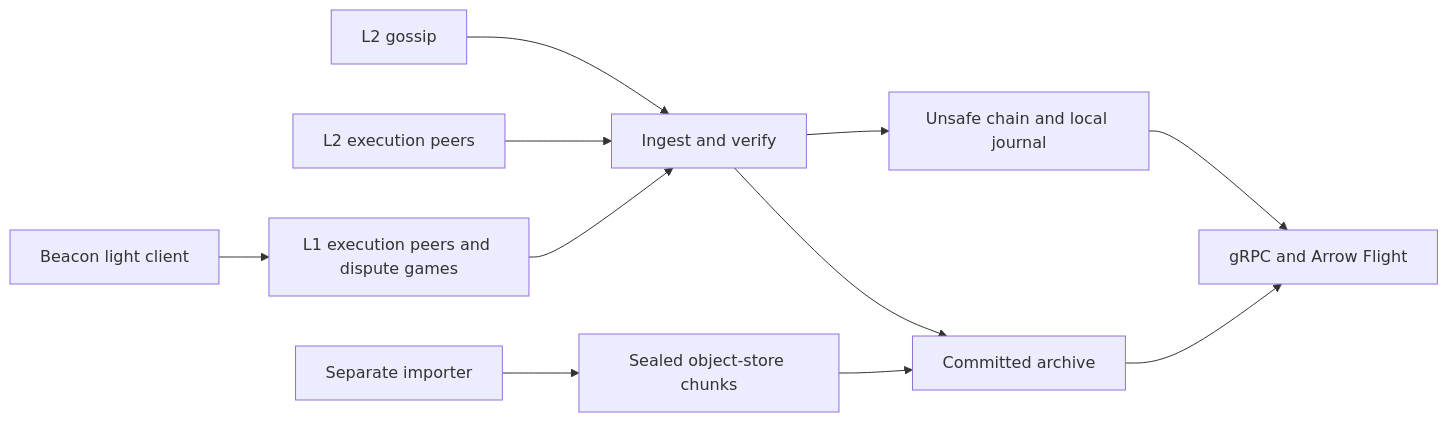
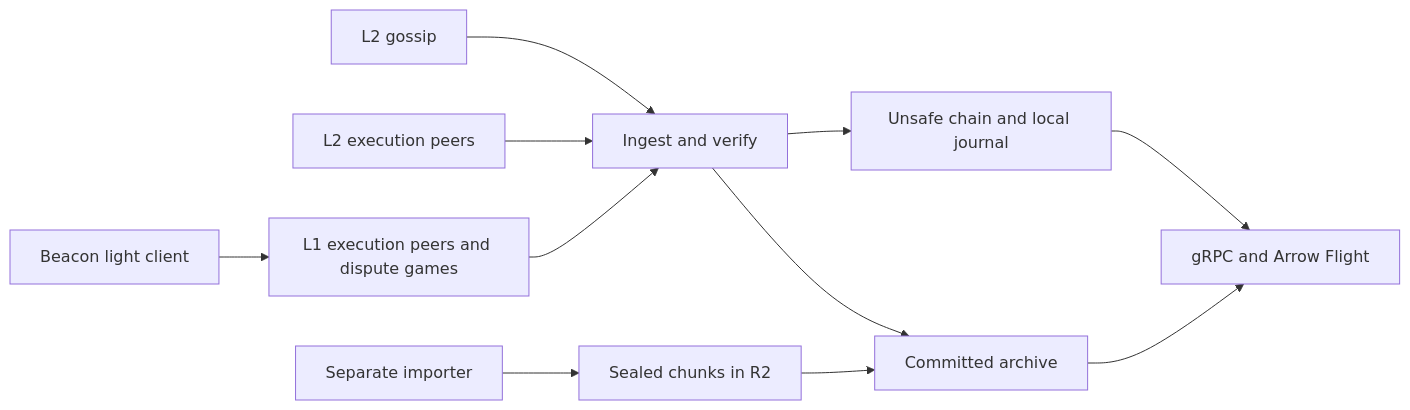
One commit to eabz/op-p2p-indexer changed the diagram in docs/architecture.md. Above: the diagram before and after it, drawn with Mermaid. The commit also changed other lines of this file and 15 other files, not shown here.

````diff
--- a/docs/architecture.md
+++ b/docs/architecture.md
@@ -9,13 +16,13 @@
 ```mermaid
 flowchart LR
     Gossip[L2 gossip] --> Pipeline[Ingest and verify]
     Execution[L2 execution peers] --> Pipeline
     Beacon[Beacon light client] --> L1[L1 execution peers and dispute games]
     L1 --> Pipeline
     Pipeline --> Unsafe[Unsafe chain and local journal]
     Pipeline --> Archive[Committed archive]
     Unsafe --> API[gRPC and Arrow Flight]
     Archive --> API
-    Import[Separate importer] --> Chunks[Sealed object-store chunks]
+    Import[Separate importer] --> Chunks[Sealed chunks in R2]
     Chunks --> Archive
 ```
````
